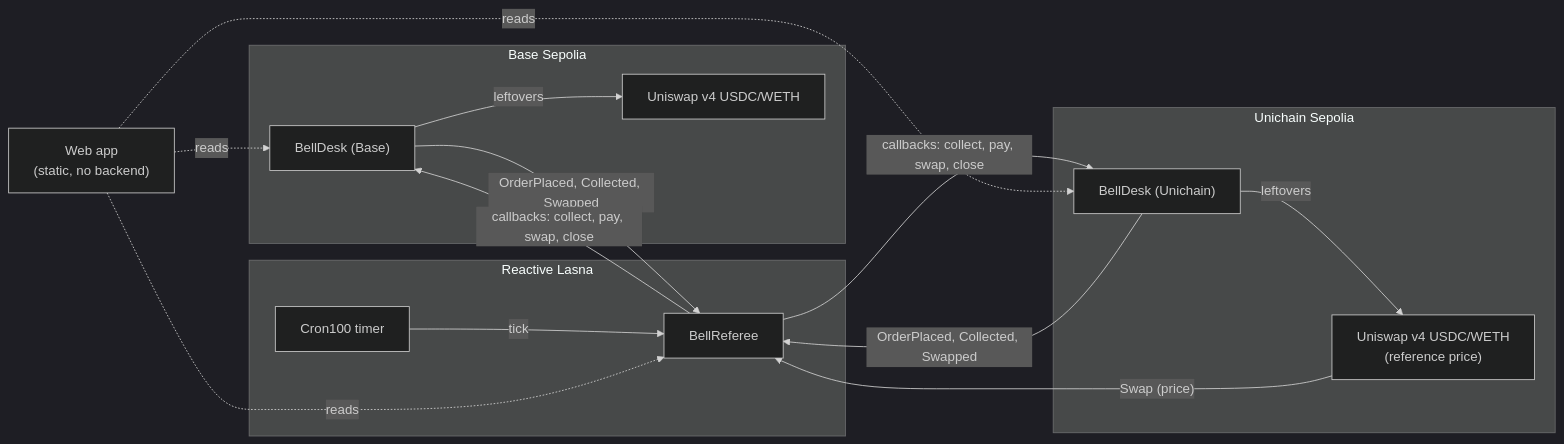
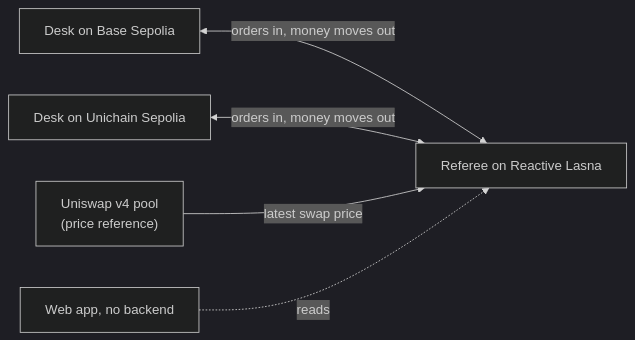
The first of 2 diagrams in README.md (CryptoZephyr/bell), drawn with Mermaid (dark theme) before and after one commit. The commit also changed other lines of this file, not shown here.

````diff
--- a/README.md
+++ b/README.md
@@ -54,27 +45,7 @@
 ```mermaid
 flowchart LR
-  subgraph Base["Base Sepolia"]
-    DA["BellDesk (Base)"]
-    PA["Uniswap v4 USDC/WETH"]
-  end
-  subgraph Uni["Unichain Sepolia"]
-    DB["BellDesk (Unichain)"]
-    PB["Uniswap v4 USDC/WETH<br/>(reference price)"]
-  end
-  subgraph Lasna["Reactive Lasna"]
-    R["BellReferee"]
-    T["Cron100 timer"]
-  end
-  App["Web app<br/>(static, no backend)"]
-  DA -- "OrderPlaced, Collected, Swapped" --> R
-  DB -- "OrderPlaced, Collected, Swapped" --> R
-  PB -- "Swap (price)" --> R
-  T -- "tick" --> R
-  R -- "callbacks: collect, pay, swap, close" --> DA
-  R -- "callbacks: collect, pay, swap, close" --> DB
-  DA -- "leftovers" --> PA
-  DB -- "leftovers" --> PB
-  App -. "reads" .-> DA
-  App -. "reads" .-> DB
-  App -. "reads" .-> R
+  A["Desk on Base Sepolia"] <-->|"orders in, money moves out"| R["Referee on Reactive Lasna"]
+  B["Desk on Unichain Sepolia"] <-->|"orders in, money moves out"| R
+  P["Uniswap v4 pool<br/>(price reference)"] -->|"latest swap price"| R
+  App["Web app, no backend"] -.->|"reads"| R
 ```
````
